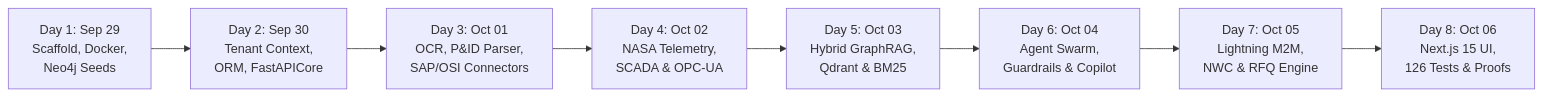
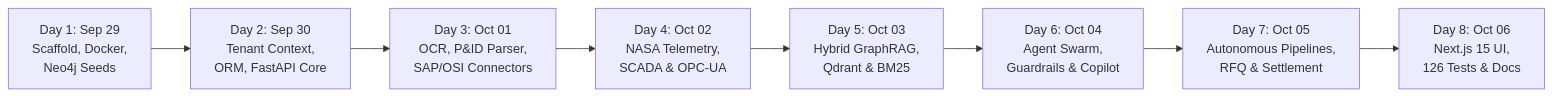
Before and after one commit to Niss54/Aurag: the first of 2 diagrams in WISPR_EVIDENCE.md, drawn with Mermaid. The commit also changed other lines of this file and 9 other files, not shown here.

Commit message:
docs: streamline presentation for Hacker House Goa Wispr Flow shortlisting task, archive machine money, unify test counts, and add demo video

````diff
--- a/WISPR_EVIDENCE.md
+++ b/WISPR_EVIDENCE.md
@@ -60,10 +63,10 @@
 ```mermaid
 flowchart LR
-    D1["Day 1: Sep 29<br/>Scaffold, Docker,<br/>Neo4j Seeds"] --> D2["Day 2: Sep 30<br/>Tenant Context,<br/>ORM, FastAPICore"]
+    D1["Day 1: Sep 29<br/>Scaffold, Docker,<br/>Neo4j Seeds"] --> D2["Day 2: Sep 30<br/>Tenant Context,<br/>ORM, FastAPI Core"]
     D2 --> D3["Day 3: Oct 01<br/>OCR, P&ID Parser,<br/>SAP/OSI Connectors"]
     D3 --> D4["Day 4: Oct 02<br/>NASA Telemetry,<br/>SCADA & OPC-UA"]
     D4 --> D5["Day 5: Oct 03<br/>Hybrid GraphRAG,<br/>Qdrant & BM25"]
     D5 --> D6["Day 6: Oct 04<br/>Agent Swarm,<br/>Guardrails & Copilot"]
-    D6 --> D7["Day 7: Oct 05<br/>Lightning M2M,<br/>NWC & RFQ Engine"]
-    D7 --> D8["Day 8: Oct 06<br/>Next.js 15 UI,<br/>126 Tests & Proofs"]
+    D6 --> D7["Day 7: Oct 05<br/>Autonomous Pipelines,<br/>RFQ & Settlement"]
+    D7 --> D8["Day 8: Oct 06<br/>Next.js 15 UI,<br/>126 Tests & Docs"]
 ```
````
